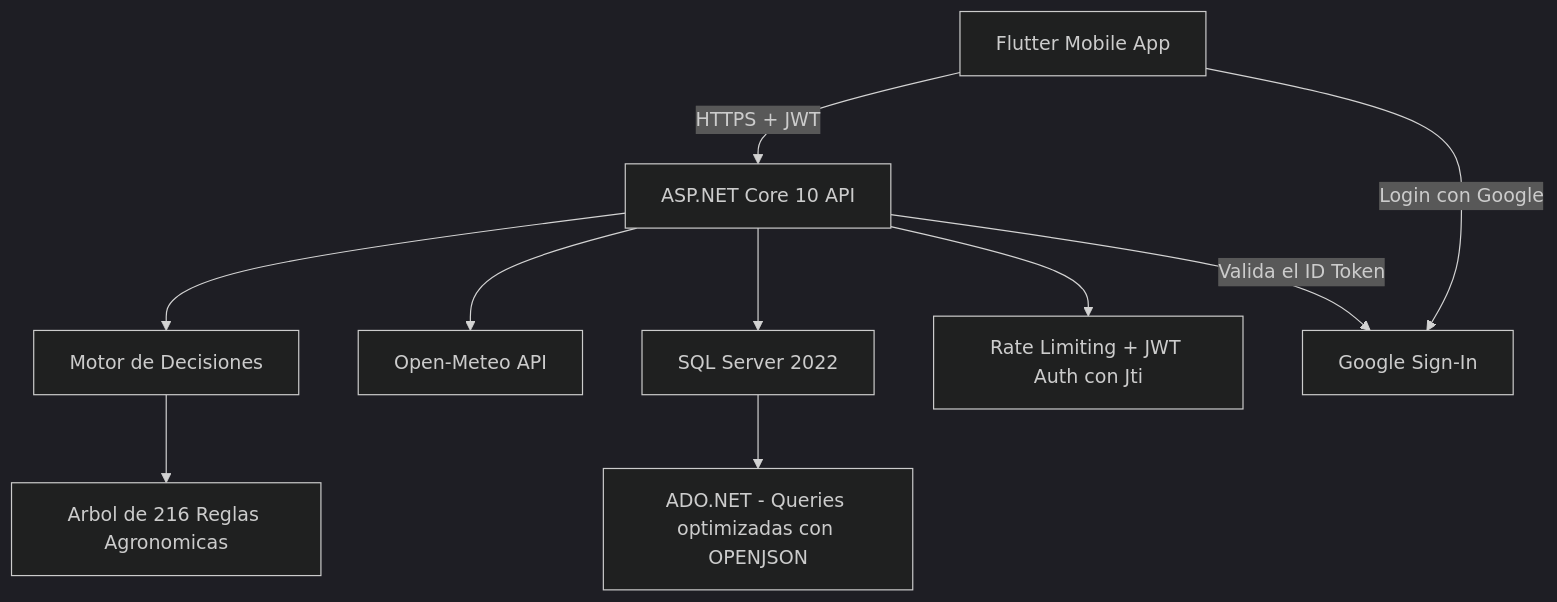
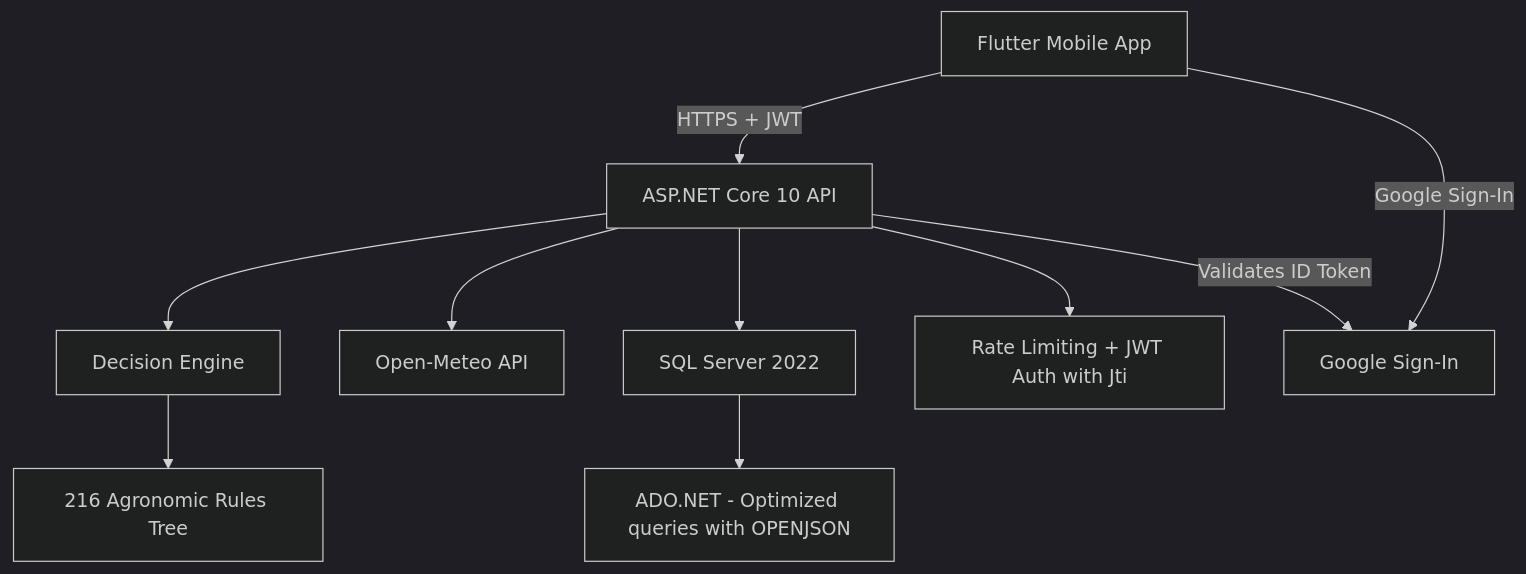
The diagram in README.md (Abemilek/CosechaClima), drawn with Mermaid (dark theme) before and after one commit. The commit also changed other lines of this file and 5 other files, not shown here.

````diff
--- a/README.md
+++ b/README.md
@@ -55,12 +61,12 @@
 ```mermaid
 flowchart TD
     A["Flutter Mobile App"] -->|"HTTPS + JWT"| B["ASP.NET Core 10 API"]
-    B --> C["Motor de Decisiones"]
-    C --> D["Arbol de 216 Reglas Agronomicas"]
+    B --> C["Decision Engine"]
+    C --> D["216 Agronomic Rules Tree"]
     B --> E["Open-Meteo API"]
     B --> F["SQL Server 2022"]
-    F --> G["ADO.NET - Queries optimizadas con OPENJSON"]
-    B --> H["Rate Limiting + JWT Auth con Jti"]
-    A -->|"Login con Google"| I["Google Sign-In"]
-    B -->|"Valida el ID Token"| I
+    F --> G["ADO.NET - Optimized queries with OPENJSON"]
+    B --> H["Rate Limiting + JWT Auth with Jti"]
+    A -->|"Google Sign-In"| I["Google Sign-In"]
+    B -->|"Validates ID Token"| I
 ```
````
